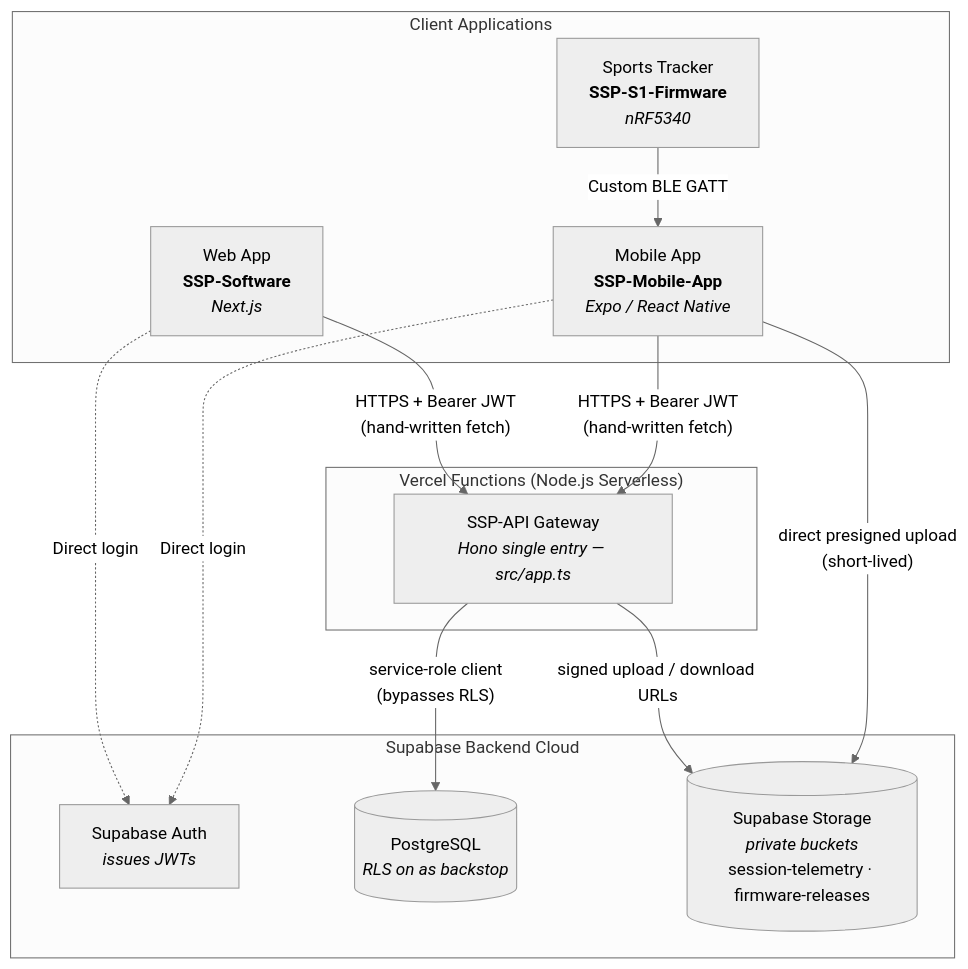
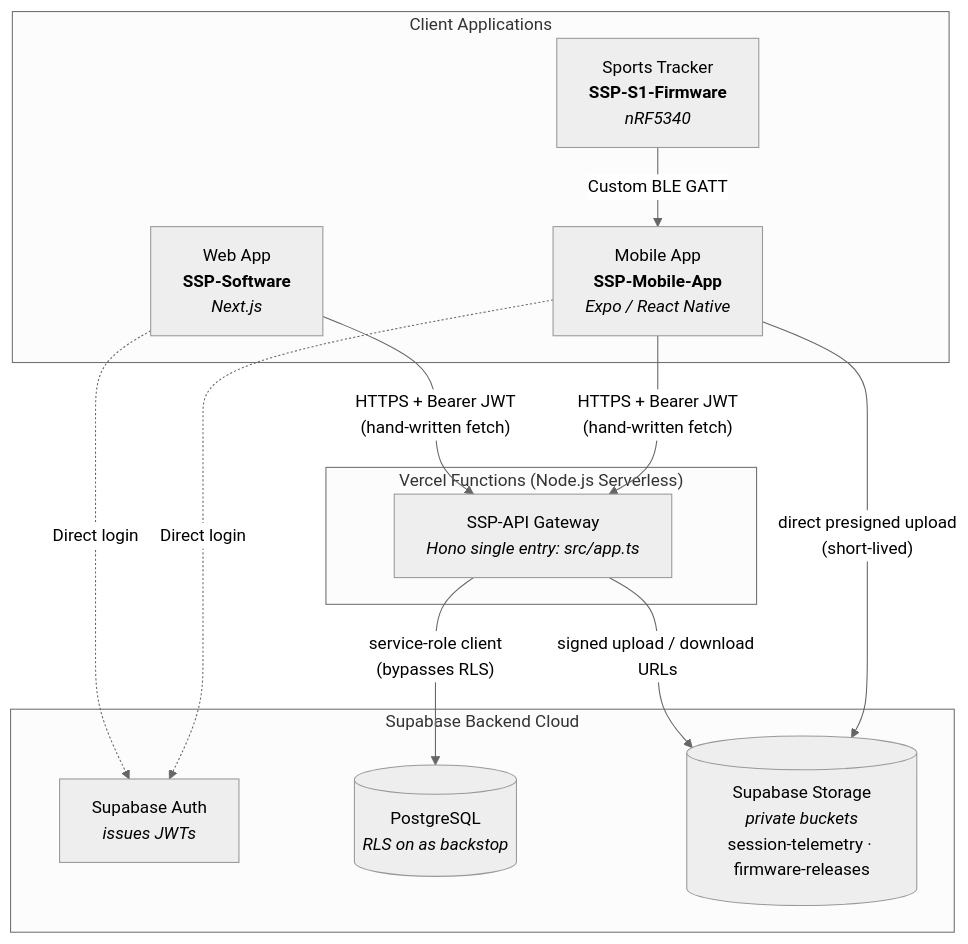
Before and after one commit to IzandlaSystem/SSP-Documentation: the first of 2 diagrams in docs/projects/backend/architecture.md, drawn with Mermaid (neutral theme). The commit also changed other lines of this file and 20 other files, not shown here.

````diff
--- a/docs/projects/backend/architecture.md
+++ b/docs/projects/backend/architecture.md
@@ -11,29 +11,29 @@
 ```mermaid
 flowchart TB
     subgraph Clients["Client Applications"]
         Web["Web App<br/><b>SSP-Software</b><br/><i>Next.js</i>"]
         Mobile["Mobile App<br/><b>SSP-Mobile-App</b><br/><i>Expo / React Native</i>"]
         Hardware["Sports Tracker<br/><b>SSP-S1-Firmware</b><br/><i>nRF5340</i>"]
     end
 
     subgraph Edge["Vercel Functions (Node.js Serverless)"]
-        Gateway["SSP-API Gateway<br/><i>Hono single entry — src/app.ts</i>"]
+        Gateway["SSP-API Gateway<br/><i>Hono single entry: src/app.ts</i>"]
     end
 
     subgraph Cloud["Supabase Backend Cloud"]
         SupabaseAuth["Supabase Auth<br/><i>issues JWTs</i>"]
         Postgres[("PostgreSQL<br/><i>RLS on as backstop</i>")]
         Storage[("Supabase Storage<br/><i>private buckets</i><br/>session-telemetry · firmware-releases")]
     end
 
     Web -->|"HTTPS + Bearer JWT<br/>(hand-written fetch)"| Gateway
     Mobile -->|"HTTPS + Bearer JWT<br/>(hand-written fetch)"| Gateway
     Hardware -->|"Custom BLE GATT"| Mobile
 
     Web -.->|"Direct login"| SupabaseAuth
     Mobile -.->|"Direct login"| SupabaseAuth
 
     Gateway -->|"service-role client<br/>(bypasses RLS)"| Postgres
     Gateway -->|"signed upload / download URLs"| Storage
     Mobile -->|"direct presigned upload<br/>(short-lived)"| Storage
 ```
````
